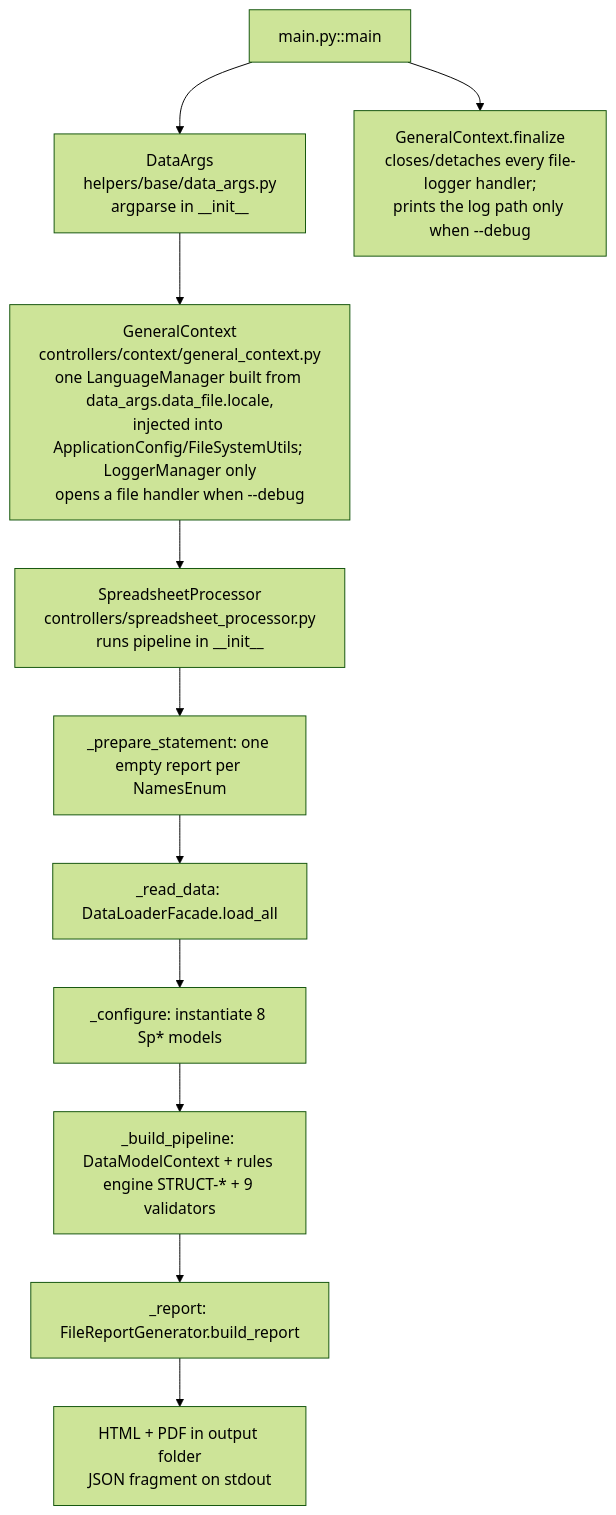
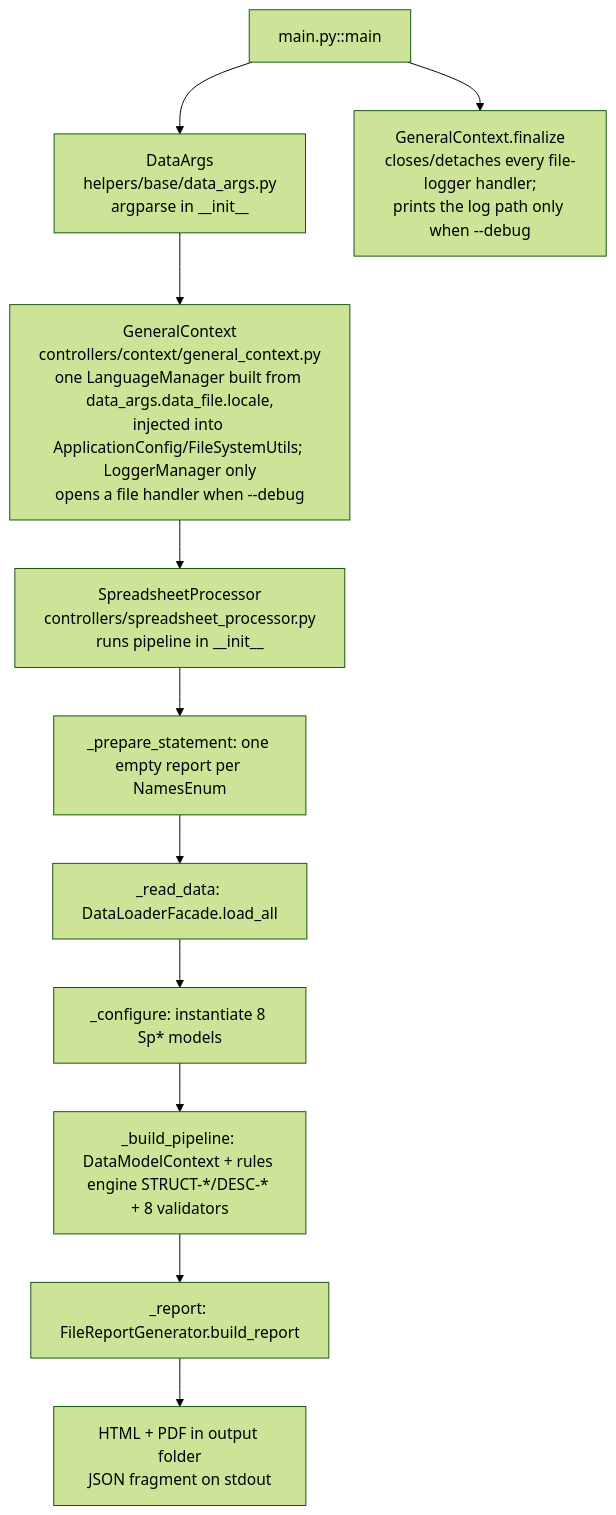
One commit to MarioCarvalhoBr/data_validate changed the first of 2 diagrams in .specs/architecture/current-architecture.md. Above: the diagram before and after it, drawn with Mermaid (forest theme). The commit also changed other lines of this file and 8 other files, not shown here.

````diff
--- a/.specs/architecture/current-architecture.md
+++ b/.specs/architecture/current-architecture.md
@@ -8,13 +8,13 @@
 ```mermaid
 flowchart TD
   A[main.py::main] --> B[DataArgs<br/>helpers/base/data_args.py<br/>argparse in __init__]
   B --> D[GeneralContext<br/>controllers/context/general_context.py<br/>one LanguageManager built from data_args.data_file.locale,<br/>injected into ApplicationConfig/FileSystemUtils; LoggerManager only<br/>opens a file handler when --debug]
   D --> E[SpreadsheetProcessor<br/>controllers/spreadsheet_processor.py<br/>runs pipeline in __init__]
   E --> E1[_prepare_statement: one empty report per NamesEnum]
   E1 --> E2[_read_data: DataLoaderFacade.load_all]
   E2 --> E3[_configure: instantiate 8 Sp* models]
-  E3 --> E4[_build_pipeline: DataModelContext + rules engine STRUCT-* + 9 validators]
+  E3 --> E4[_build_pipeline: DataModelContext + rules engine STRUCT-*/DESC-* + 8 validators]
   E4 --> E5[_report: FileReportGenerator.build_report]
   E5 --> F[HTML + PDF in output folder<br/>JSON fragment on stdout]
   A --> G[GeneralContext.finalize<br/>closes/detaches every file-logger handler;<br/>prints the log path only when --debug]
 ```
````
